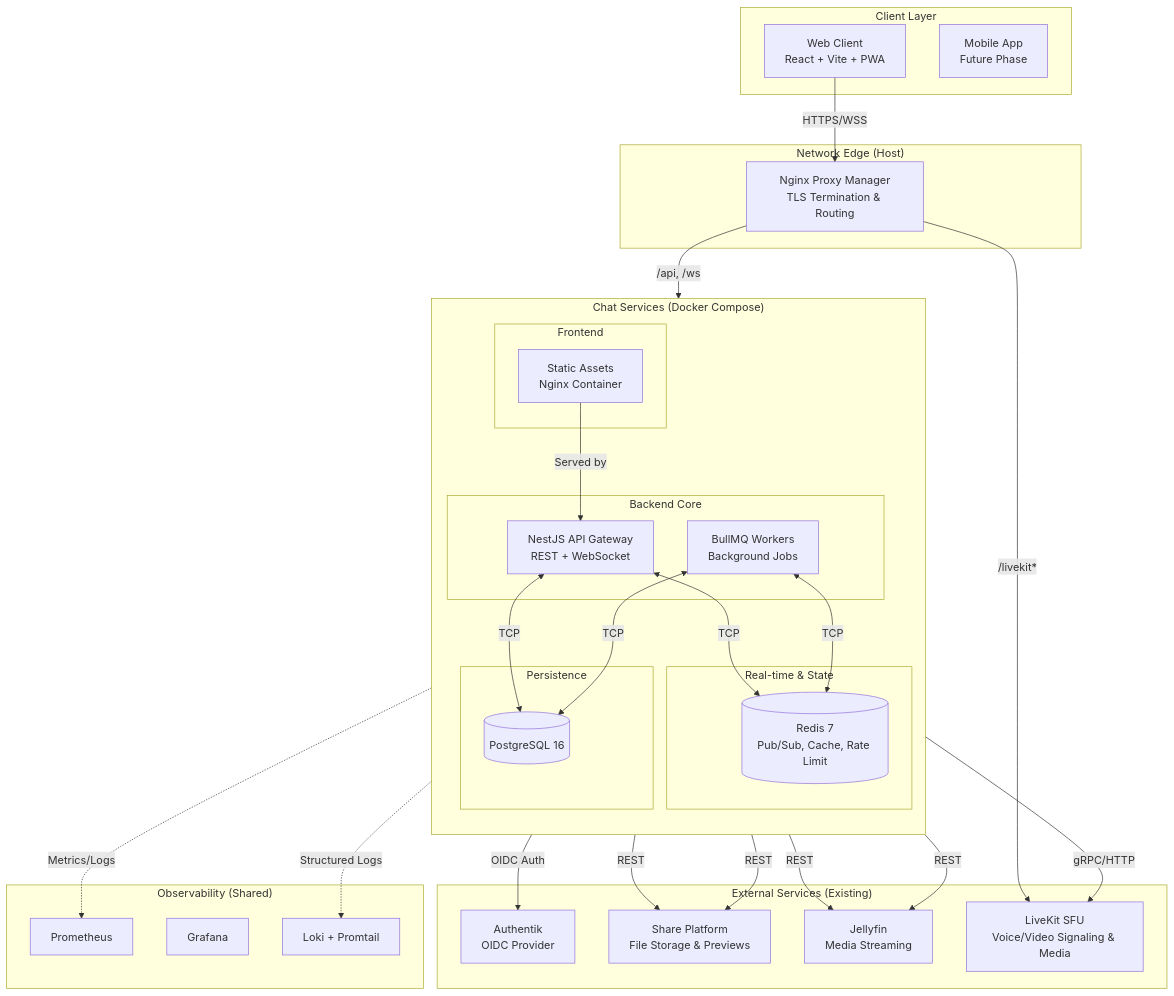
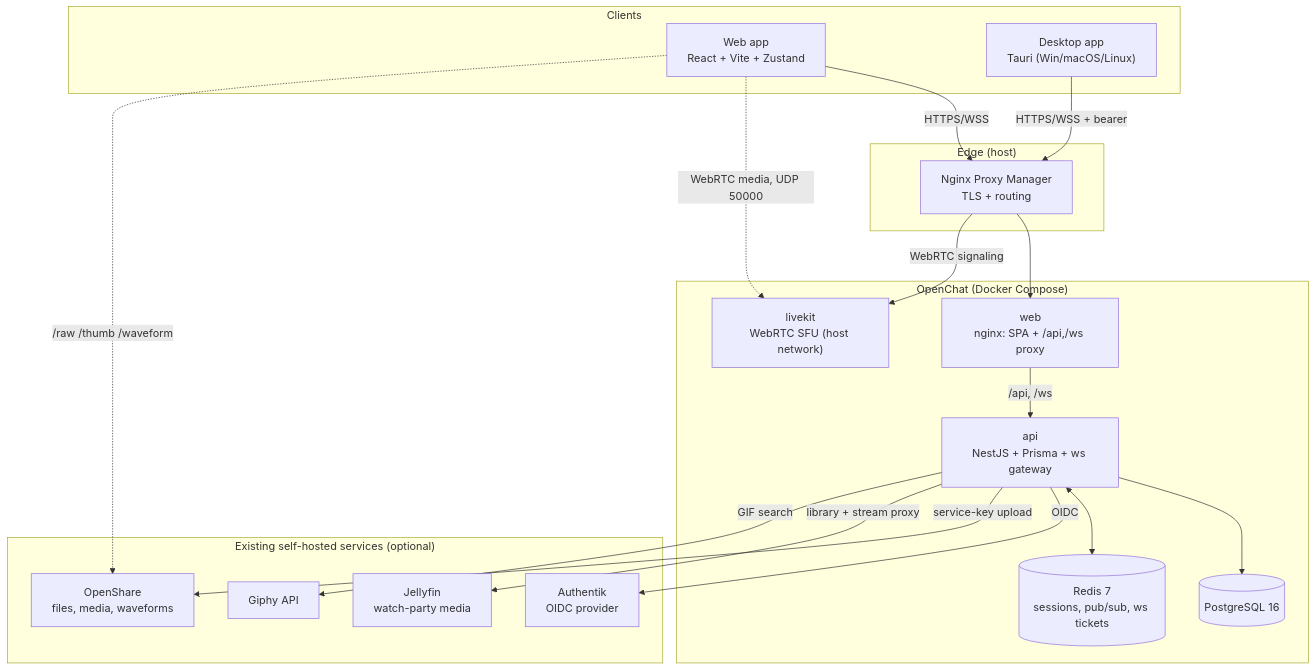
One commit to MinionEnjoyer/OpenChat changed the first of 3 diagrams in docs/ARCHITECTURE.md. Above: the diagram before and after it, drawn with Mermaid. The commit also changed other lines of this file, not shown here.

First line of the commit message:
docs: rewrite ARCHITECTURE.md as-built (accurate to the real implementation)

````diff
--- a/docs/ARCHITECTURE.md
+++ b/docs/ARCHITECTURE.md
@@ -198,67 +63,36 @@
 ```mermaid
 graph TB
-    subgraph "Client Layer"
-        Browser["Web Client<br/>React + Vite + PWA"]
-        Mobile["Mobile App<br/>Future Phase"]
+    subgraph Clients ["Clients"]
+        Web["Web app<br/>React + Vite + Zustand"]
+        Desktop["Desktop app<br/>Tauri (Win/macOS/Linux)"]
     end
-
-    subgraph "Network Edge (Host)"
-        NPM["Nginx Proxy Manager<br/>TLS Termination & Routing"]
+    subgraph Edge ["Edge (host)"]
+        NPM["Nginx Proxy Manager<br/>TLS + routing"]
     end
-
-    subgraph "Chat Services (Docker Compose)"
-        direction TB
-        
-        subgraph "Frontend"
-            Static["Static Assets<br/>Nginx Container"]
-        end
-
-        subgraph "Backend Core"
-            API["NestJS API Gateway<br/>REST + WebSocket"]
-            Workers["BullMQ Workers<br/>Background Jobs"]
-        end
-
-        subgraph "Real-time & State"
-            Redis[("Redis 7<br/>Pub/Sub, Cache, Rate Limit")]
-        end
-
-        subgraph "Persistence"
-            PG[("PostgreSQL 16")]
-        end
+    subgraph Stack ["OpenChat (Docker Compose)"]
+        WebC["web<br/>nginx: SPA + /api,/ws proxy"]
+        API["api<br/>NestJS + Prisma + ws gateway"]
+        PG[("PostgreSQL 16")]
+        Redis[("Redis 7<br/>sessions, pub/sub, ws tickets")]
+        LK["livekit<br/>WebRTC SFU (host network)"]
     end
-
-    subgraph "External Services (Existing)"
-        Auth["Authentik<br/>OIDC Provider"]
-        Share["Share Platform<br/>File Storage & Previews"]
-        Jellyfin["Jellyfin<br/>Media Streaming"]
-        LiveKit["LiveKit SFU<br/>Voice/Video Signaling & Media"]
+    subgraph External ["Existing self-hosted services (optional)"]
+        Auth["Authentik<br/>OIDC provider"]
+        Share["OpenShare<br/>files, media, waveforms"]
+        Jelly["Jellyfin<br/>watch-party media"]
+        Giphy["Giphy API"]
     end
-
-    subgraph "Observability (Shared)"
-        Prom[Prometheus]
-        Grafana[Grafana]
-        Loki[Loki + Promtail]
-    end
-
-    Browser -->|HTTPS/WSS| NPM
-    Static -->|Served by| API
-    
-    NPM -->|/api, /ws| API
-    NPM -->|/livekit*| LiveKit
-    
-    API -->|OIDC Auth| Auth
-    API -->|REST| Share
-    API -->|REST| Jellyfin
-    API -->|gRPC/HTTP| LiveKit
-    
-    Workers -->|REST| Share
-    Workers -->|REST| Jellyfin
-    
-    API <-->|TCP| Redis
-    API <-->|TCP| PG
-    Workers <-->|TCP| Redis
-    Workers <-->|TCP| PG
-    
-    API -.->|Metrics/Logs| Prom
-    API -.->|Structured Logs| Loki
+    Web -->|HTTPS/WSS| NPM
+    Desktop -->|HTTPS/WSS + bearer| NPM
+    NPM --> WebC
+    WebC -->|/api, /ws| API
+    NPM -->|WebRTC signaling| LK
+    Web -.->|WebRTC media, UDP 50000| LK
+    API --> PG
+    API <--> Redis
+    API -->|OIDC| Auth
+    API -->|service-key upload| Share
+    Web -.->|/raw /thumb /waveform| Share
+    API -->|library + stream proxy| Jelly
+    API -->|GIF search| Giphy
 ```
````
